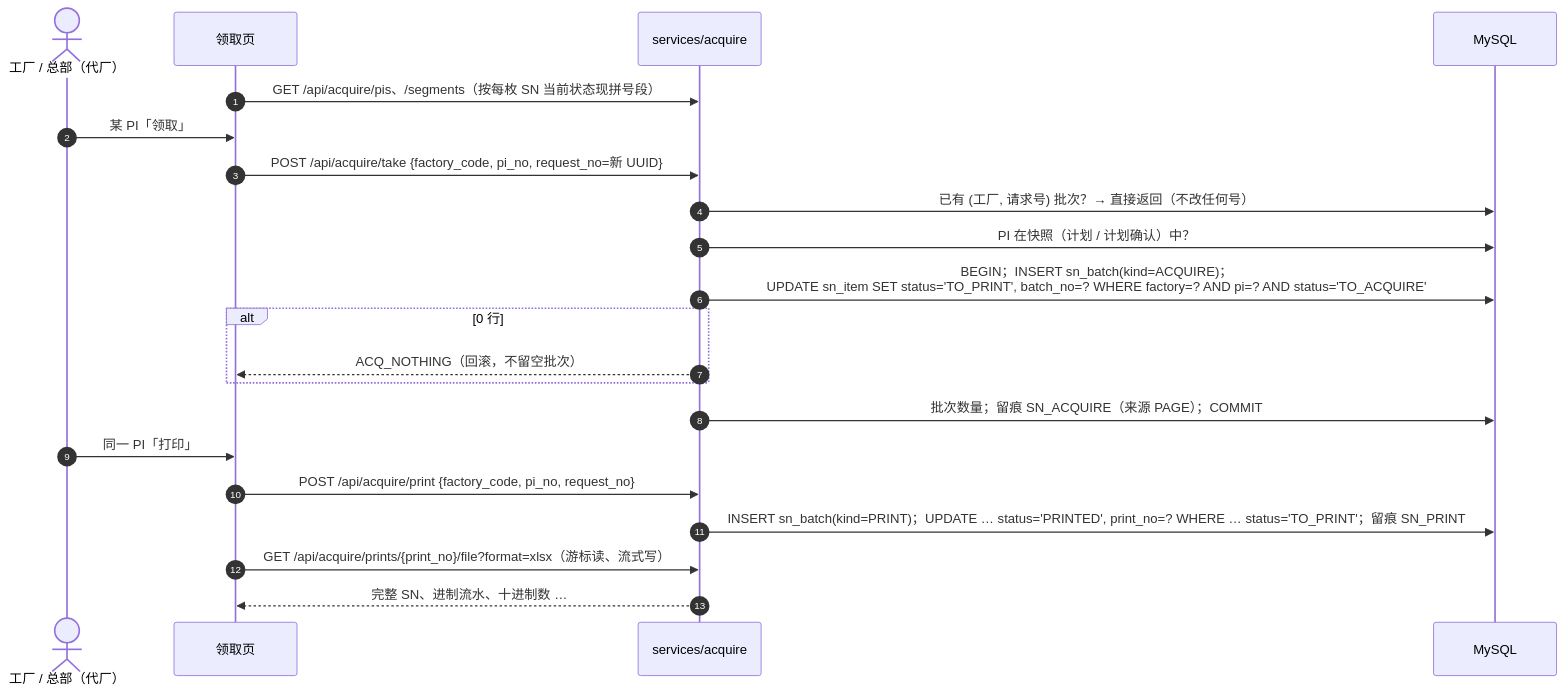
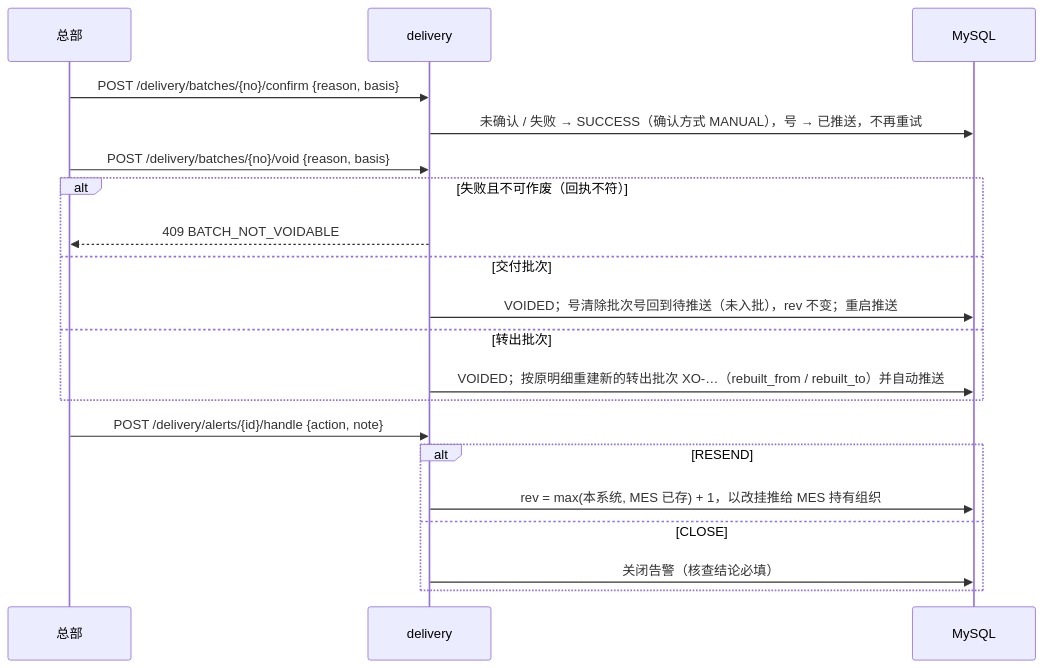
Before and after one commit to Createsnow/sn-center: diagram 11 of 14 in docs/技术文档.md, drawn with Mermaid. The commit also changed other lines of this file and 83 other files, not shown here.

````diff
--- a/docs/技术文档.md
+++ b/docs/技术文档.md
@@ -369,23 +461,22 @@
 ```mermaid
 sequenceDiagram
-    autonumber
-    actor U as 工厂 / 总部（代厂）
-    participant W as 领取页
-    participant S as services/acquire
+    participant U as 总部
+    participant D as delivery
     participant DB as MySQL
-    W->>S: GET /api/acquire/pis、/segments（按每枚 SN 当前状态现拼号段）
-    U->>W: 某 PI「领取」
-    W->>S: POST /api/acquire/take {factory_code, pi_no, request_no=新 UUID}
-    S->>DB: 已有 (工厂, 请求号) 批次？→ 直接返回（不改任何号）
-    S->>DB: PI 在快照（计划 / 计划确认）中？
-    S->>DB: BEGIN；INSERT sn_batch(kind=ACQUIRE)；<br/>UPDATE sn_item SET status='TO_PRINT', batch_no=? WHERE factory=? AND pi=? AND status='TO_ACQUIRE'
-    alt 0 行
-        S-->>W: ACQ_NOTHING（回滚，不留空批次）
+    U->>D: POST /delivery/batches/{no}/confirm {reason, basis}
+    D->>DB: 未确认 / 失败 → SUCCESS（确认方式 MANUAL），号 → 已推送，不再重试
+    U->>D: POST /delivery/batches/{no}/void {reason, basis}
+    alt 失败且不可作废（回执不符）
+        D-->>U: 409 BATCH_NOT_VOIDABLE
+    else 交付批次
+        D->>DB: VOIDED；号清除批次号回到待推送（未入批），rev 不变；重启推送
+    else 转出批次
+        D->>DB: VOIDED；按原明细重建新的转出批次 XO-…（rebuilt_from / rebuilt_to）并自动推送
     end
-    S->>DB: 批次数量；留痕 SN_ACQUIRE（来源 PAGE）；COMMIT
-    U->>W: 同一 PI「打印」
-    W->>S: POST /api/acquire/print {factory_code, pi_no, request_no}
-    S->>DB: INSERT sn_batch(kind=PRINT)；UPDATE … status='PRINTED', print_no=? WHERE … status='TO_PRINT'；留痕 SN_PRINT
-    W->>S: GET /api/acquire/prints/{print_no}/file?format=xlsx（游标读、流式写）
-    S-->>W: 完整 SN、进制流水、十进制数 …
+    U->>D: POST /delivery/alerts/{id}/handle {action, note}
+    alt RESEND
+        D->>DB: rev = max(本系统, MES 已存) + 1，以改挂推给 MES 持有组织
+    else CLOSE
+        D->>DB: 关闭告警（核查结论必填）
+    end
 ```
````
